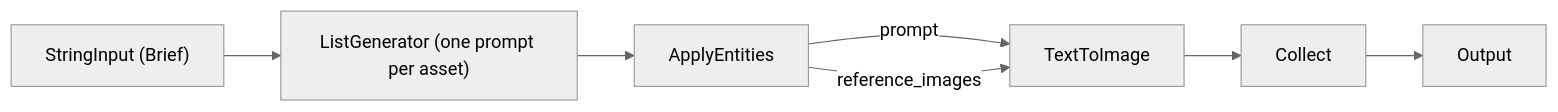
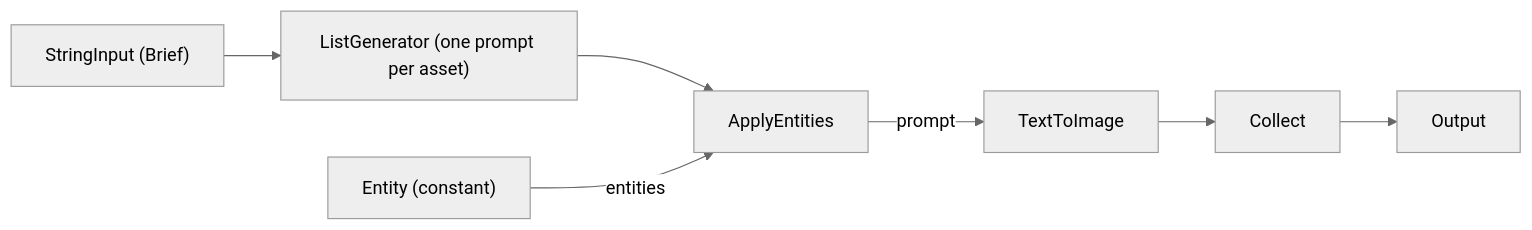
The third of 8 diagrams in docs/cookbook/patterns.md (nodetool-ai/nodetool), drawn with Mermaid (neutral theme) before and after one commit. The commit also changed other lines of this file and 118 other files, not shown here.

```diff
--- a/docs/cookbook/patterns.md
+++ b/docs/cookbook/patterns.md
@@ -103,13 +106,14 @@
 {% mermaid %}
 graph LR
   brief["StringInput (Brief)"]
   prompts["ListGenerator (one prompt per asset)"]
+  cast["Entity (constant)"]
   apply["ApplyEntities"]
   image["TextToImage"]
   collect["Collect"]
   out["Output"]
   brief --> prompts --> apply
+  cast -->|entities| apply
   apply -->|prompt| image
-  apply -->|reference_images| image
   image --> collect --> out
 {% endmermaid %}
```
